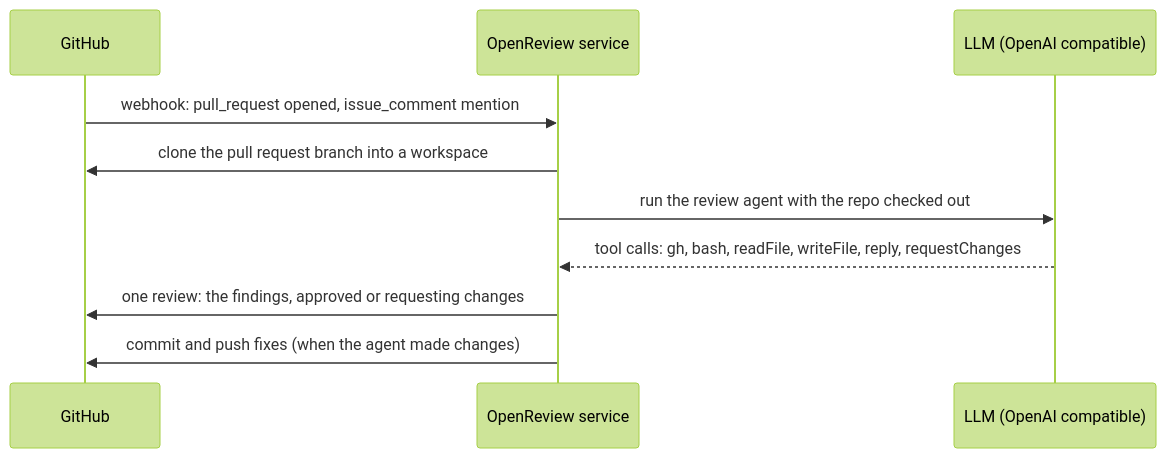
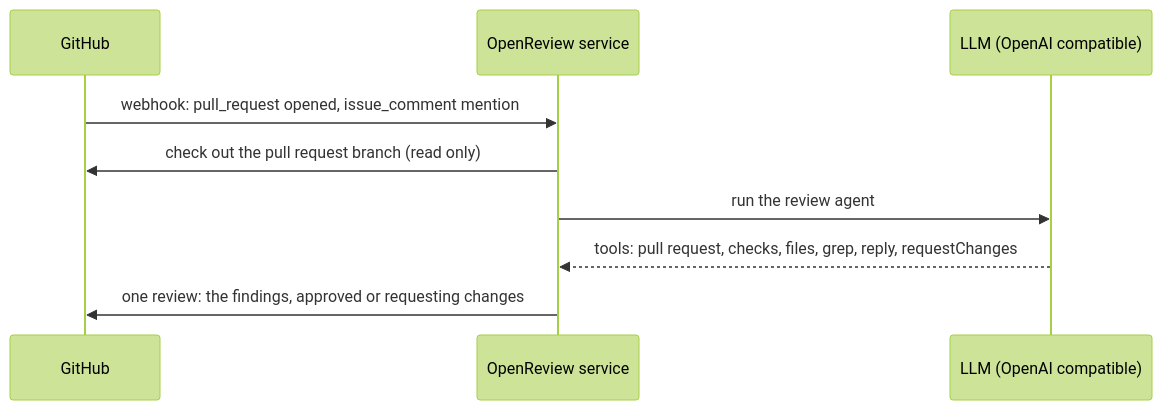
One commit to Aloento/openreview changed the diagram in README.md. Above: the diagram before and after it, drawn with Mermaid (forest theme). The commit also changed other lines of this file and 17 other files, not shown here.

First line of the commit message:
Make the reviewer read-only: no shell, no installs, no builds

````diff
--- a/README.md
+++ b/README.md
@@ -16,12 +16,11 @@
 ```mermaid
 sequenceDiagram
     participant GH as GitHub
     participant SVC as OpenReview service
     participant LLM as LLM (OpenAI compatible)
     GH->>SVC: webhook: pull_request opened, issue_comment mention
-    SVC->>GH: clone the pull request branch into a workspace
-    SVC->>LLM: run the review agent with the repo checked out
-    LLM-->>SVC: tool calls: gh, bash, readFile, writeFile, reply, requestChanges
+    SVC->>GH: check out the pull request branch (read only)
+    SVC->>LLM: run the review agent
+    LLM-->>SVC: tools: pull request, checks, files, grep, reply, requestChanges
     SVC->>GH: one review: the findings, approved or requesting changes
-    SVC->>GH: commit and push fixes (when the agent made changes)
 ```
````
